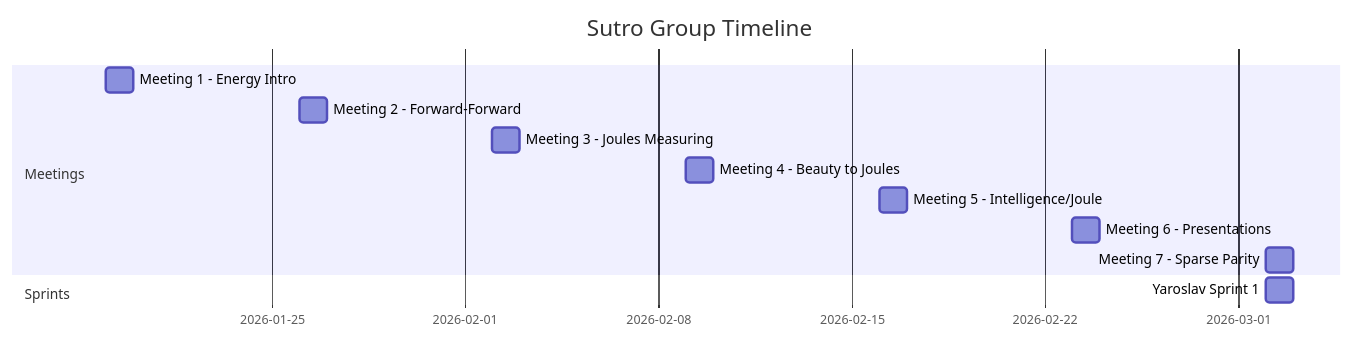
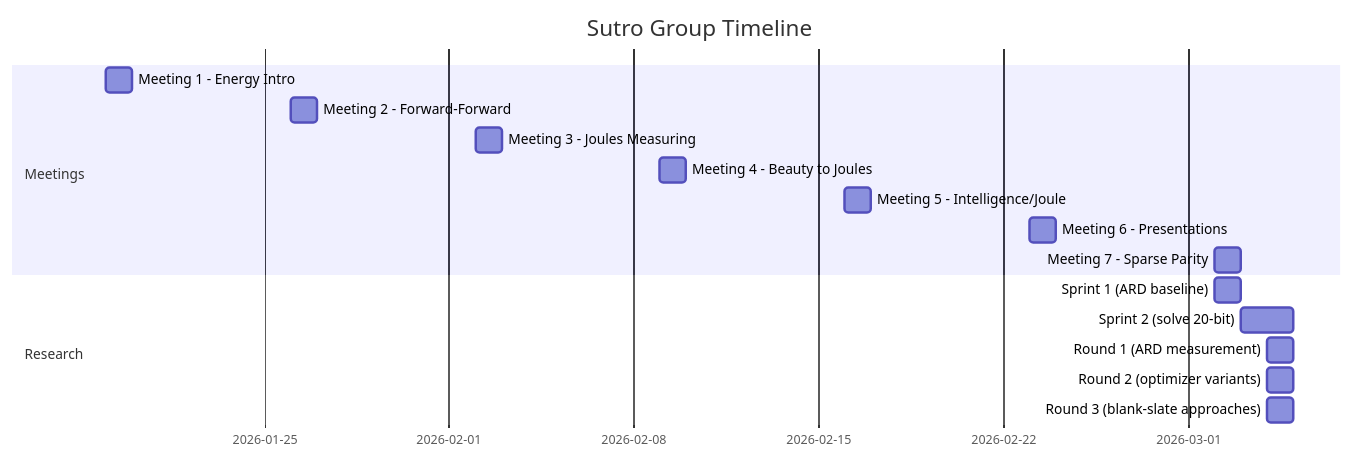
Before and after one commit to 0bserver07/SutroYaro: the diagram in docs/context.md, drawn with Mermaid. The commit also changed other lines of this file and 5 other files, not shown here.

````diff
--- a/docs/context.md
+++ b/docs/context.md
@@ -29,15 +44,19 @@
 ```mermaid
 gantt
     title Sutro Group Timeline
     dateFormat YYYY-MM-DD
     section Meetings
     Meeting 1 - Energy Intro          :m1, 2026-01-19, 1d
     Meeting 2 - Forward-Forward       :m2, 2026-01-26, 1d
     Meeting 3 - Joules Measuring      :m3, 2026-02-02, 1d
     Meeting 4 - Beauty to Joules      :m4, 2026-02-09, 1d
     Meeting 5 - Intelligence/Joule    :m5, 2026-02-16, 1d
     Meeting 6 - Presentations         :m6, 2026-02-23, 1d
     Meeting 7 - Sparse Parity         :m7, 2026-03-02, 1d
-    section Sprints
-    Yaroslav Sprint 1                 :s1, 2026-03-02, 1d
+    section Research
+    Sprint 1 (ARD baseline)           :s1, 2026-03-02, 1d
+    Sprint 2 (solve 20-bit)           :s2, 2026-03-03, 2d
+    Round 1 (ARD measurement)         :r1, 2026-03-04, 1d
+    Round 2 (optimizer variants)      :r2, 2026-03-04, 1d
+    Round 3 (blank-slate approaches)  :r3, 2026-03-04, 1d
 ```
````
